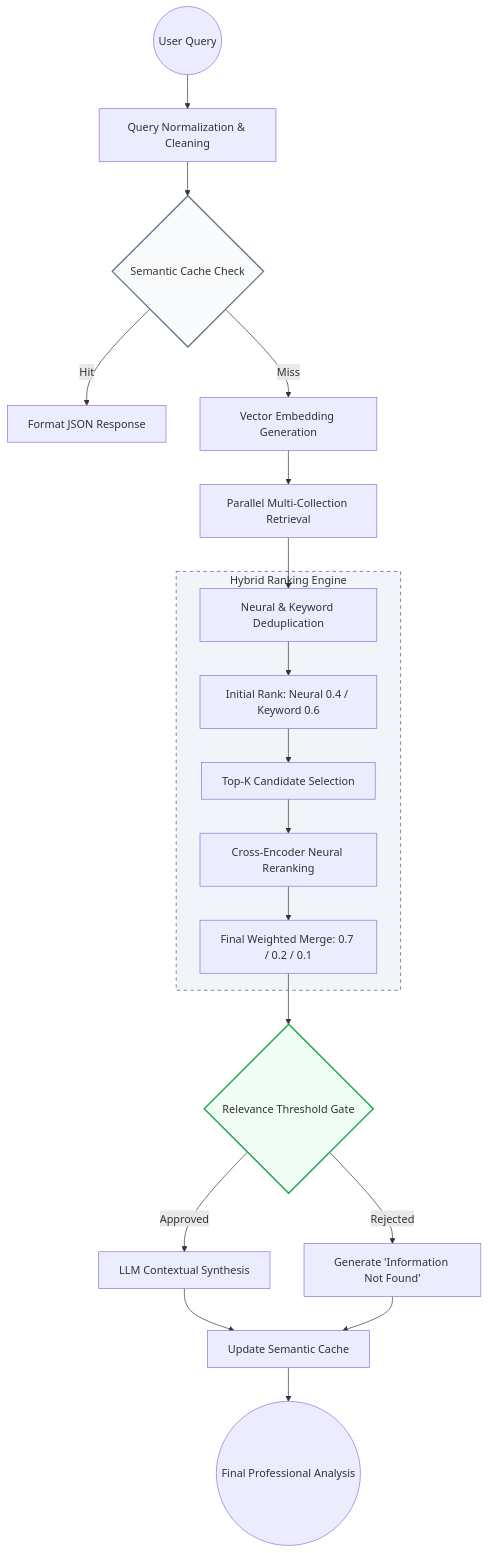
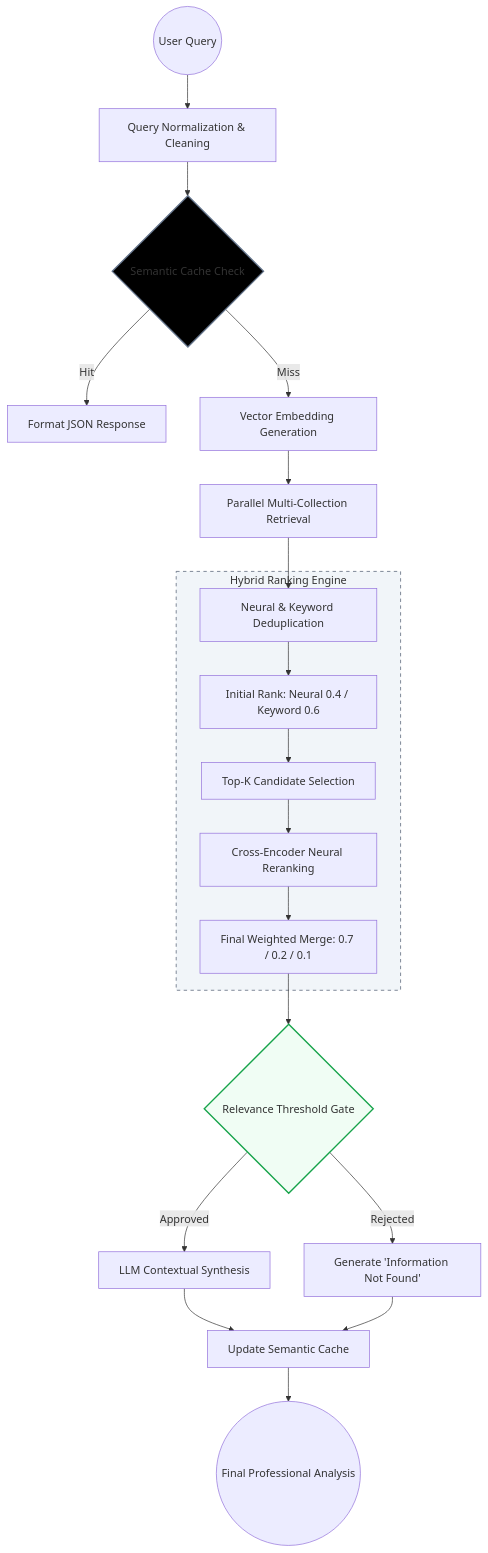
Before and after one commit to SHATHISH-07/itl-rag-system: the first of 3 diagrams in README.md, drawn with Mermaid.

Commit message:
refactor: Update cache style in system flow diagram for better visibility

````diff
--- a/README.md
+++ b/README.md
@@ -56,36 +56,36 @@
 ```mermaid
 graph TD
     %% Entry
     Input((User Query)) --> PreProc[Query Normalization & Cleaning]
     
     %% Semantic Layer
     PreProc --> Cache{Semantic Cache Check}
     Cache -- Hit --> Format[Format JSON Response]
     
     %% Retrieval Layer
     Cache -- Miss --> VectorGen[Vector Embedding Generation]
     VectorGen --> ParallelSearch[Parallel Multi-Collection Retrieval]
     ParallelSearch --> Dedup[Neural & Keyword Deduplication]
     
     %% Scoring Strategy
     subgraph Hybrid_Scoring_Engine [Hybrid Ranking Engine]
         Dedup --> InitialRank[Initial Rank: Neural 0.4 / Keyword 0.6]
         InitialRank --> Selection[Top-K Candidate Selection]
         Selection --> CrossRank[Cross-Encoder Neural Reranking]
         CrossRank --> FinalWeight[Final Weighted Merge: 0.7 / 0.2 / 0.1]
     end
     
     %% Quality Control
     FinalWeight --> RelGate{Relevance Threshold Gate}
     RelGate -- Rejected --> NullState[Generate 'Information Not Found']
     RelGate -- Approved --> ContextSynth[LLM Contextual Synthesis]
     
     %% Exit
     ContextSynth --> UpdateCache[Update Semantic Cache]
     NullState --> UpdateCache
     UpdateCache --> Output((Final Professional Analysis))
 
-    style Cache fill:#f8fafc,stroke:#64748b,stroke-width:2px
+    style Cache fill:#000000,stroke:#64748b,stroke-width:2px
     style RelGate fill:#f0fdf4,stroke:#16a34a,stroke-width:2px
     style Hybrid_Scoring_Engine fill:#f1f5f9,stroke:#475569,stroke-dasharray: 5 5
 ```
````
